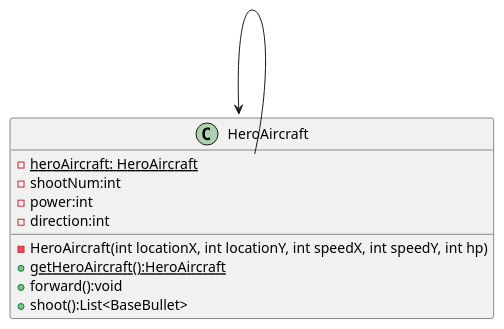
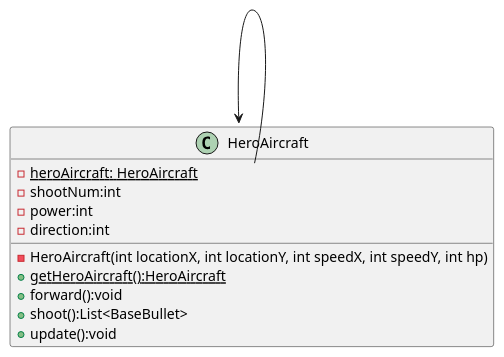
Before and after one commit to aetherqaq/AircraftWar: the diagram in uml/Singleton.puml, drawn with PlantUML. The commit also changed 19 other files, not shown here.

```diff
--- a/uml/Singleton.puml
+++ b/uml/Singleton.puml
@@ -1,18 +1,19 @@
 @startuml
 'https://plantuml.com/class-diagram
 
 class HeroAircraft {
     - {static} heroAircraft: HeroAircraft
     - shootNum:int
     - power:int
     - direction:int
     - HeroAircraft(int locationX, int locationY, int speedX, int speedY, int hp)
     + {static} getHeroAircraft():HeroAircraft
     + forward():void
     + shoot():List<BaseBullet>
+    + update():void
 }
 
 
 HeroAircraft::heroAircraft --> HeroAircraft
 
 @enduml
```
